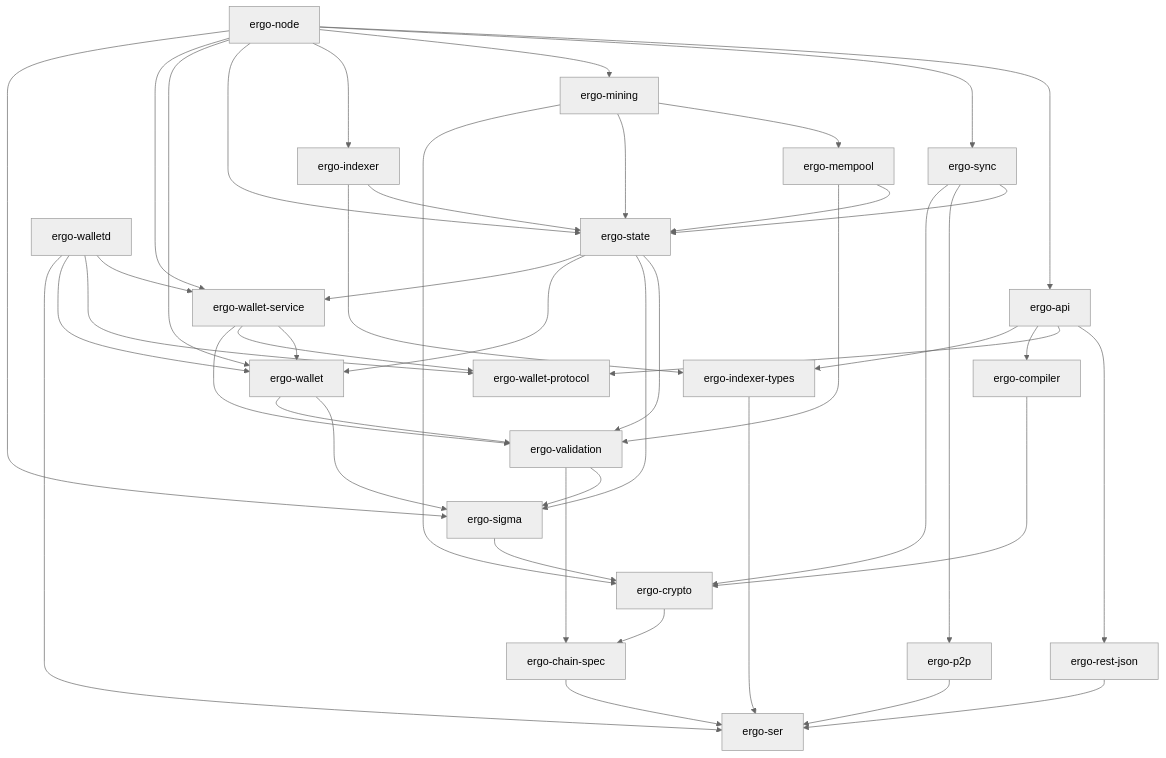
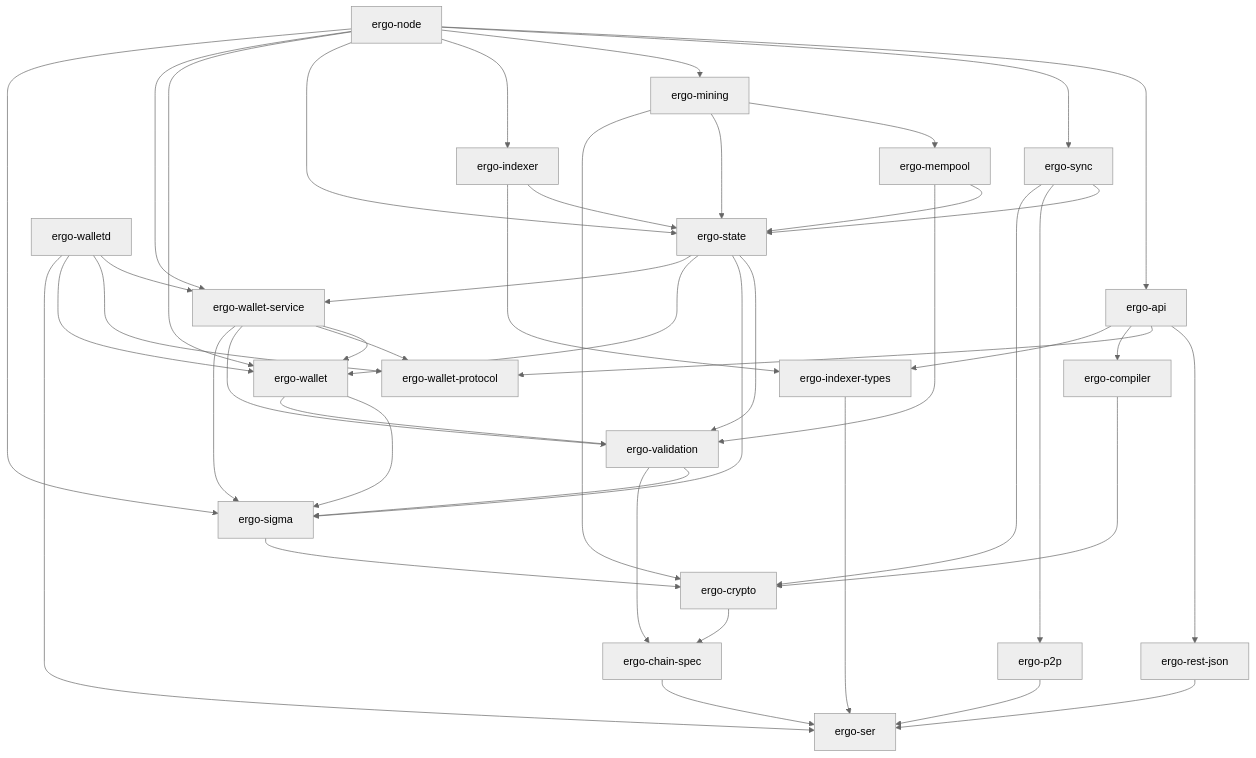
One commit to arkadianet/ergo changed the diagram in docs/codemap.md. Above: the diagram before and after it, drawn with Mermaid (neutral theme). The commit also changed other lines of this file and 8 other files, not shown here.

````diff
--- a/docs/codemap.md
+++ b/docs/codemap.md
@@ -47,48 +47,49 @@
 ```mermaid
 graph TD
   chainspec[ergo-chain-spec] --> ser[ergo-ser]
   crypto[ergo-crypto] --> chainspec
   sigma[ergo-sigma] --> crypto
   compiler[ergo-compiler] --> crypto
   validation[ergo-validation] --> sigma
   validation --> chainspec
   protocol[ergo-wallet-protocol]
   wallet[ergo-wallet] --> sigma
   wallet --> validation
   service[ergo-wallet-service] --> wallet
   service --> protocol
   service --> validation
+  service --> sigma
   state[ergo-state] --> validation
   state --> sigma
   state --> wallet
   state --> service
   mempool[ergo-mempool] --> state
   mempool --> validation
   p2p[ergo-p2p] --> ser
   sync[ergo-sync] --> state
   sync --> p2p
   sync --> crypto
   mining[ergo-mining] --> mempool
   mining --> state
   mining --> crypto
   indexertypes[ergo-indexer-types] --> ser
   indexer[ergo-indexer] --> state
   indexer --> indexertypes
   restjson[ergo-rest-json] --> ser
   api[ergo-api] --> restjson
   api --> protocol
   api --> compiler
   api --> indexertypes
   node[ergo-node] --> api
   node --> sync
   node --> mining
   node --> indexer
   node --> state
   node --> wallet
   node --> service
   node --> sigma
   walletd[ergo-walletd] --> service
   walletd --> protocol
   walletd --> wallet
   walletd --> ser
 ```
````
